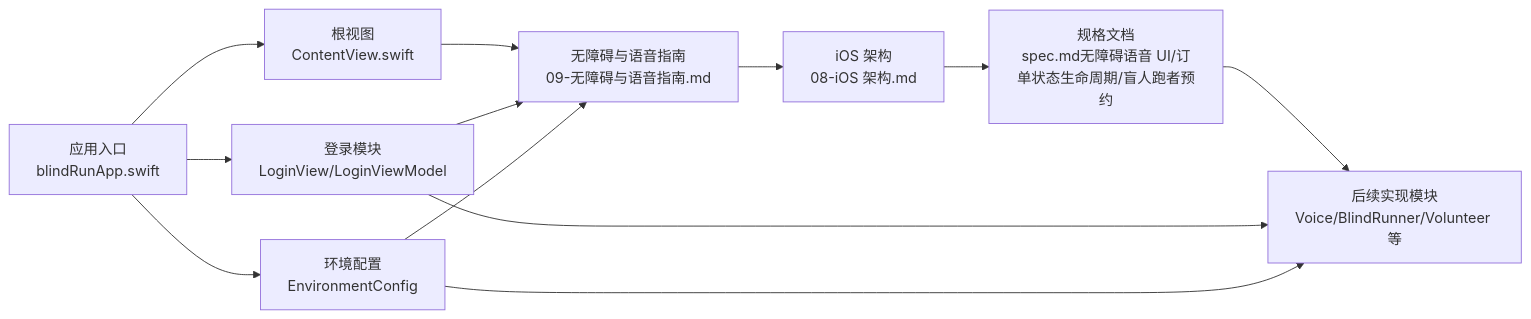
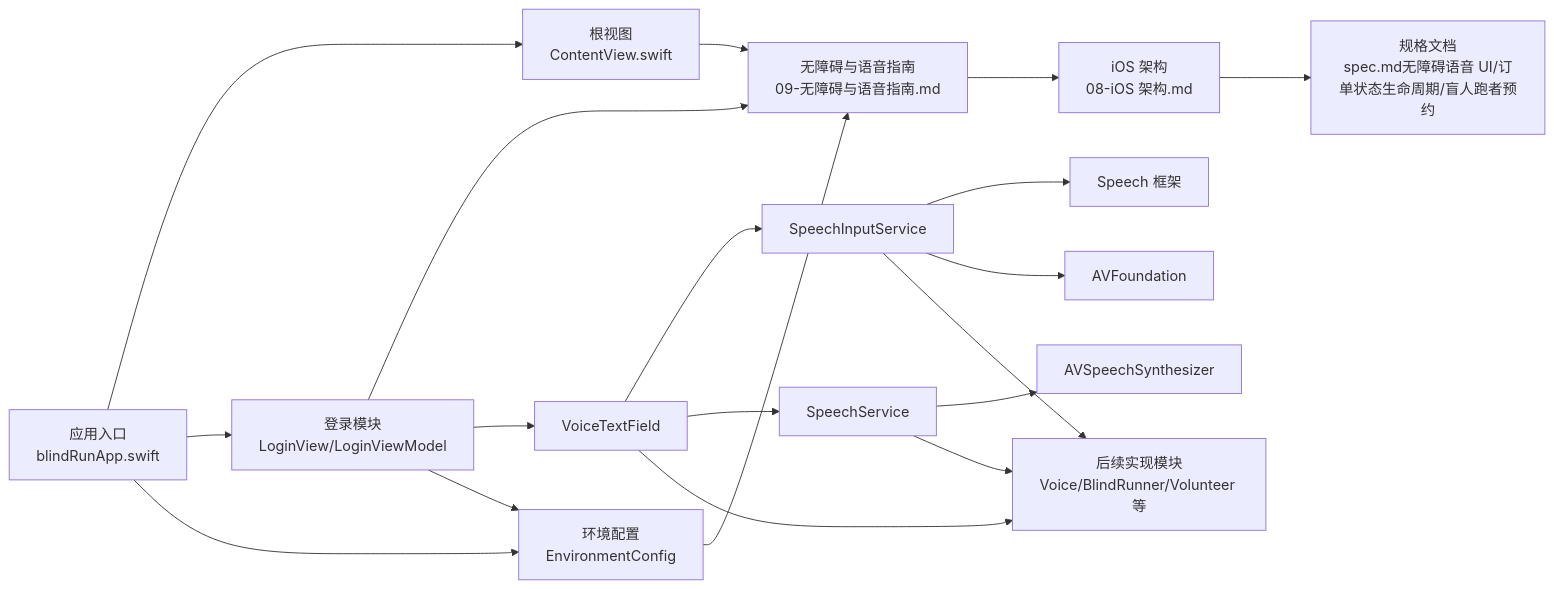
One commit to Jayden23018/blind-run-ios changed the third of 3 diagrams in .qoder/repowiki/zh/content/核心功能模块/无障碍语音系统.md. Above: the diagram before and after it, drawn with Mermaid. The commit also changed other lines of this file and 5 other files, not shown here.

````diff
--- a/.qoder/repowiki/zh/content/核心功能模块/无障碍语音系统.md
+++ b/.qoder/repowiki/zh/content/核心功能模块/无障碍语音系统.md
@@ -313,14 +471,21 @@
 ```mermaid
 graph LR
 App["应用入口<br/>blindRunApp.swift"] --> View["根视图<br/>ContentView.swift"]
 App --> Login["登录模块<br/>LoginView/LoginViewModel"]
 App --> Env["环境配置<br/>EnvironmentConfig"]
 View --> Guide["无障碍与语音指南<br/>09-无障碍与语音指南.md"]
 Login --> Guide
 Env --> Guide
 Guide --> Arch["iOS 架构<br/>08-iOS 架构.md"]
 Arch --> Specs["规格文档<br/>spec.md无障碍语音 UI/订单状态生命周期/盲人跑者预约"]
-Specs --> Impl["后续实现模块<br/>Voice/BlindRunner/Volunteer 等"]
-Login --> Impl
-Env --> Impl
+VTF["VoiceTextField"] --> SIS["SpeechInputService"]
+VTF --> SS["SpeechService"]
+SIS --> STT["Speech 框架"]
+SS --> TTS["AVSpeechSynthesizer"]
+SIS --> AV["AVFoundation"]
+Login --> VTF
+Login --> Env
+VTF --> Impl["后续实现模块<br/>Voice/BlindRunner/Volunteer 等"]
+SIS --> Impl
+SS --> Impl
 ```
````
